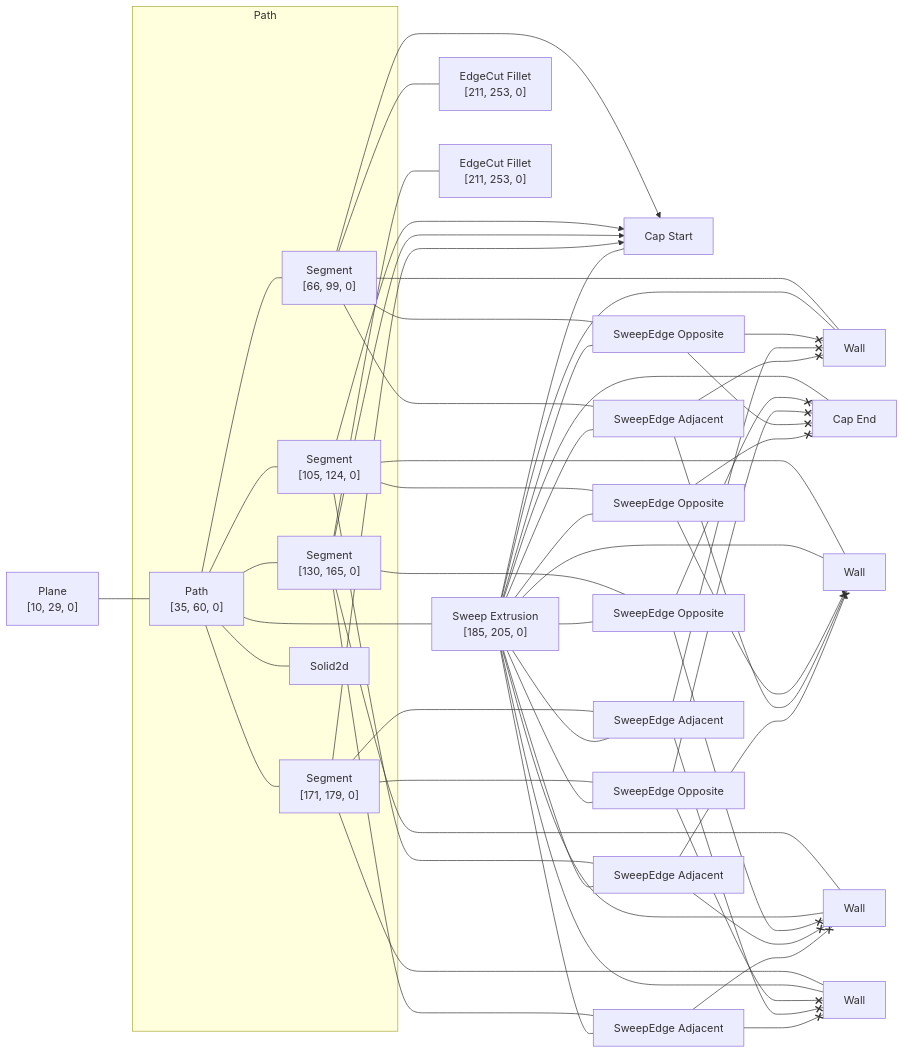
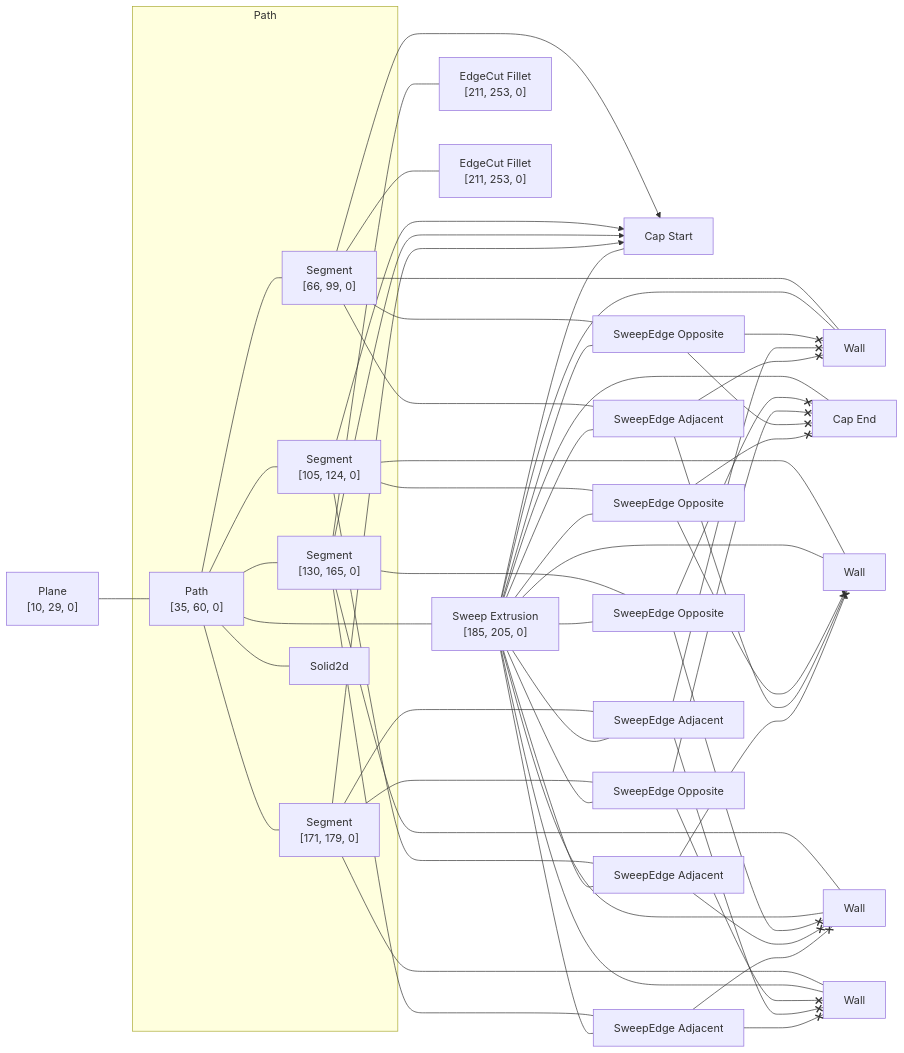
The diagram in rust/kcl-lib/tests/basic_fillet_cube_start/artifact_graph_flowchart.snap.md (KittyCAD/modeling-app), drawn with Mermaid before and after one commit. The commit also changed 21 other files, not shown here.

```diff
--- a/rust/kcl-lib/tests/basic_fillet_cube_start/artifact_graph_flowchart.snap.md
+++ b/rust/kcl-lib/tests/basic_fillet_cube_start/artifact_graph_flowchart.snap.md
@@ -37,7 +37,7 @@
   3 x--> 13
   3 --- 17
   3 --- 20
-  3 --- 23
+  3 --- 24
   4 --- 10
   4 x--> 13
   4 --- 18
@@ -46,7 +46,7 @@
   5 x--> 13
   5 --- 15
   5 --- 22
-  5 --- 24
+  5 --- 23
   6 --- 11
   6 x--> 13
   6 --- 16
```
